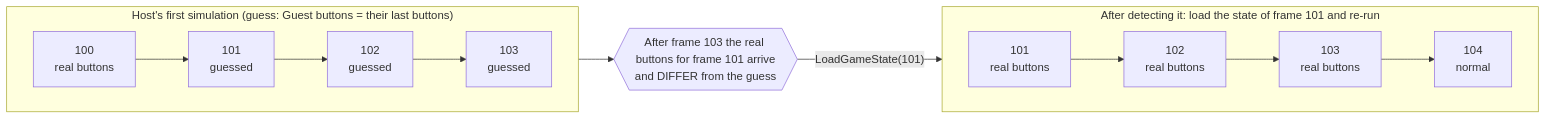
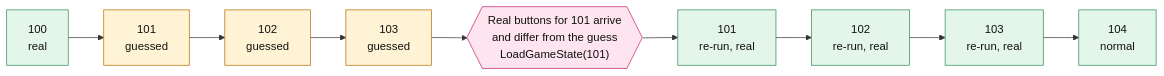
The sixth of 9 diagrams in docs/NETPLAY.md (vunguyenvu35/vuretro), drawn with Mermaid before and after one commit. The commit also changed other lines of this file, not shown here.

Commit message:
Docs: redraw NETPLAY diagrams (no overlapping subgraphs, shorter labels)

````diff
--- a/docs/NETPLAY.md
+++ b/docs/NETPLAY.md
@@ -293,14 +246,9 @@
 ```mermaid
 flowchart LR
-  subgraph T1["Host's first simulation (guess: Guest buttons = their last buttons)"]
-    direction LR
-    F100["100<br/>real buttons"] --> F101["101<br/>guessed"] --> F102["102<br/>guessed"] --> F103["103<br/>guessed"]
-  end
-  EV{{"After frame 103 the real buttons for frame 101 arrive<br/>and DIFFER from the guess"}}
-  subgraph T2["After detecting it: load the state of frame 101 and re-run"]
-    direction LR
-    R101["101<br/>real buttons"] --> R102["102<br/>real buttons"] --> R103["103<br/>real buttons"] --> R104["104<br/>normal"]
-  end
-  F103 --> EV
-  EV -->|"LoadGameState(101)"| R101
+  classDef real fill:#e4f6ea,stroke:#2e8b57,color:#111
+  classDef guess fill:#fff3d6,stroke:#b86e00,color:#111
+  classDef ev fill:#fde4ef,stroke:#c0246a,color:#111
+  F100["100<br/>real"]:::real --> F101["101<br/>guessed"]:::guess --> F102["102<br/>guessed"]:::guess --> F103["103<br/>guessed"]:::guess
+  F103 --> EV{{"Real buttons for 101 arrive<br/>and differ from the guess<br/>LoadGameState(101)"}}:::ev
+  EV --> R101["101<br/>re-run, real"]:::real --> R102["102<br/>re-run, real"]:::real --> R103["103<br/>re-run, real"]:::real --> R104["104<br/>normal"]:::real
 ```
````
